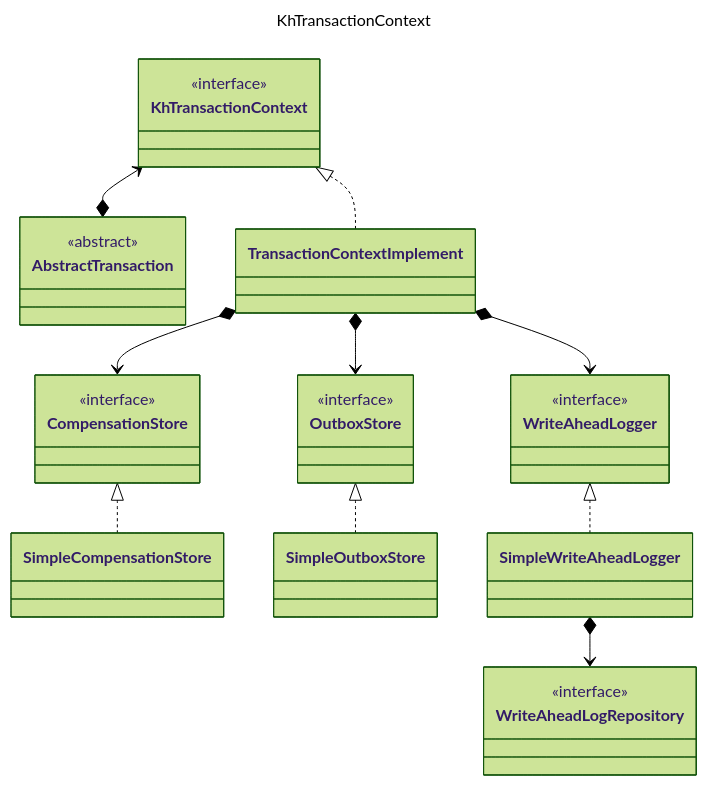
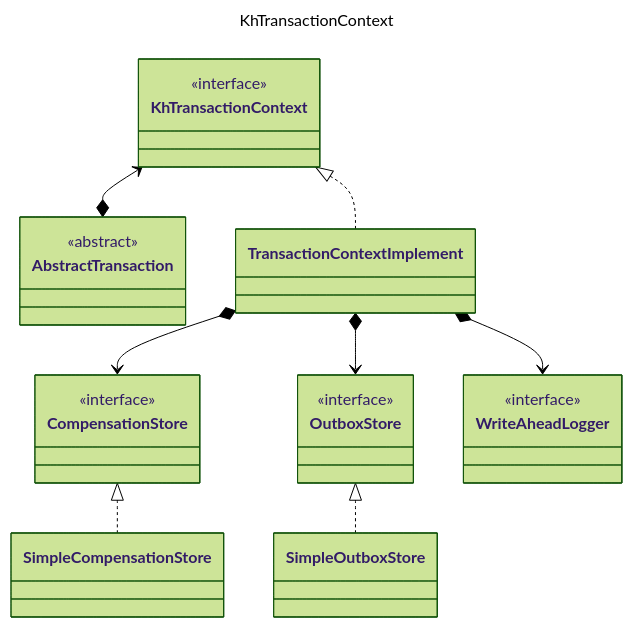
One commit to keyhub-projects/distributed-transaction-kit changed the fifth of 5 diagrams in README.md. Above: the diagram before and after it, drawn with Mermaid (forest theme). The commit also changed other lines of this file, not shown here.

````diff
--- a/README.md
+++ b/README.md
@@ -130,48 +166,38 @@
 ```mermaid
 ---
 title: KhTransactionContext
 ---
 classDiagram
     class KhTransactionContext {
     }
     <<interface>> KhTransactionContext
     KhTransactionContext <--* AbstractTransaction
     <<abstract>> AbstractTransaction
     
     class TransactionContextImplement {
     }
     KhTransactionContext <|.. TransactionContextImplement
     
     class CompensationStore {
     }
     <<interface>> CompensationStore
     
     class SimpleCompensationStore {
     }
     CompensationStore <|.. SimpleCompensationStore
     TransactionContextImplement *--> CompensationStore
     
     class OutboxStore {
     }
     <<interface>> OutboxStore
     
     class SimpleOutboxStore {
     }
     OutboxStore <|.. SimpleOutboxStore
     TransactionContextImplement *--> OutboxStore
     
     class WriteAheadLogger {
     }
     <<interface>> WriteAheadLogger
-    
-    class SimpleWriteAheadLogger {
-    }
-    WriteAheadLogger <|.. SimpleWriteAheadLogger
     TransactionContextImplement *--> WriteAheadLogger
-    
-    class WriteAheadLogRepository {
-    }
-    <<interface>> WriteAheadLogRepository
-    SimpleWriteAheadLogger *--> WriteAheadLogRepository
-    
 ```
````
